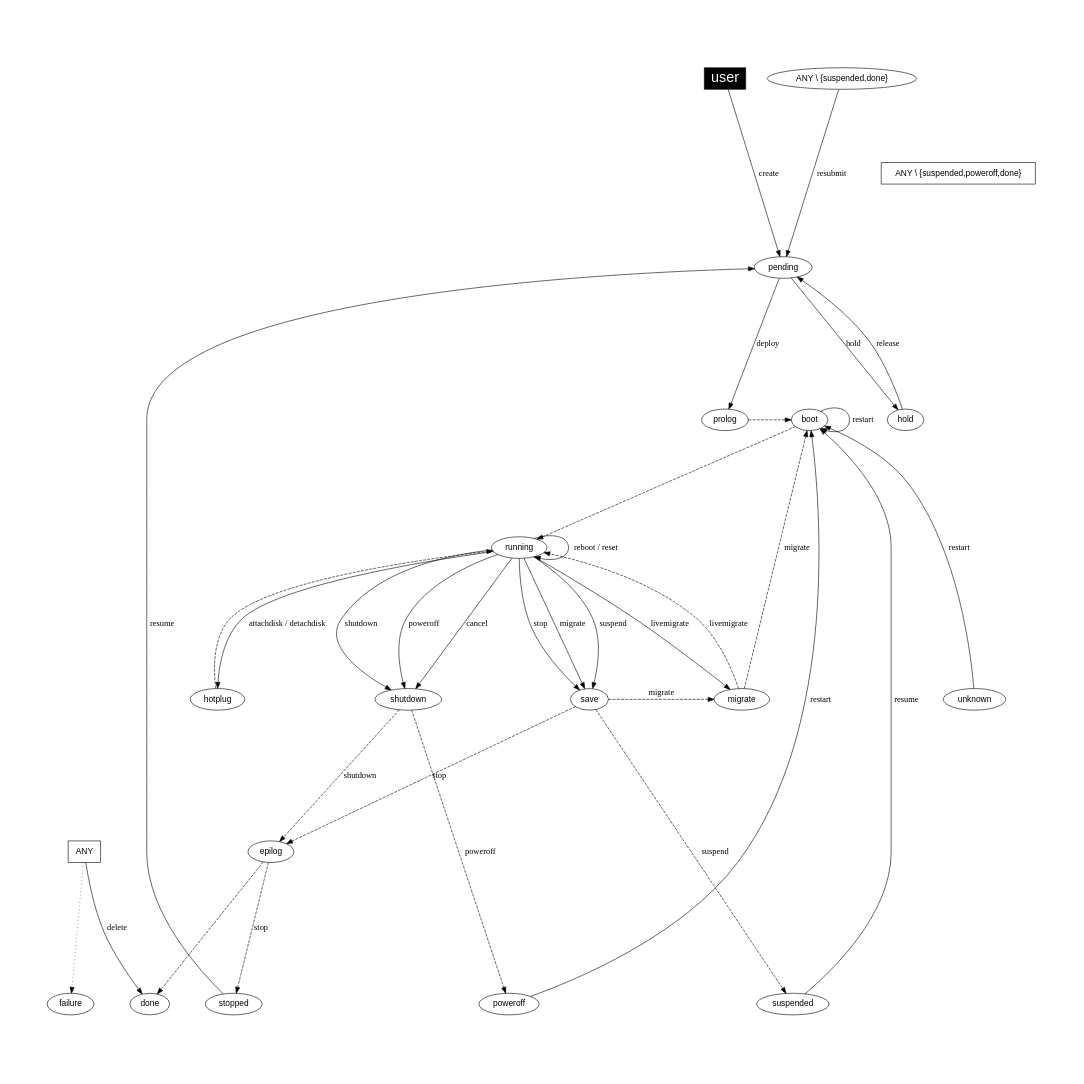
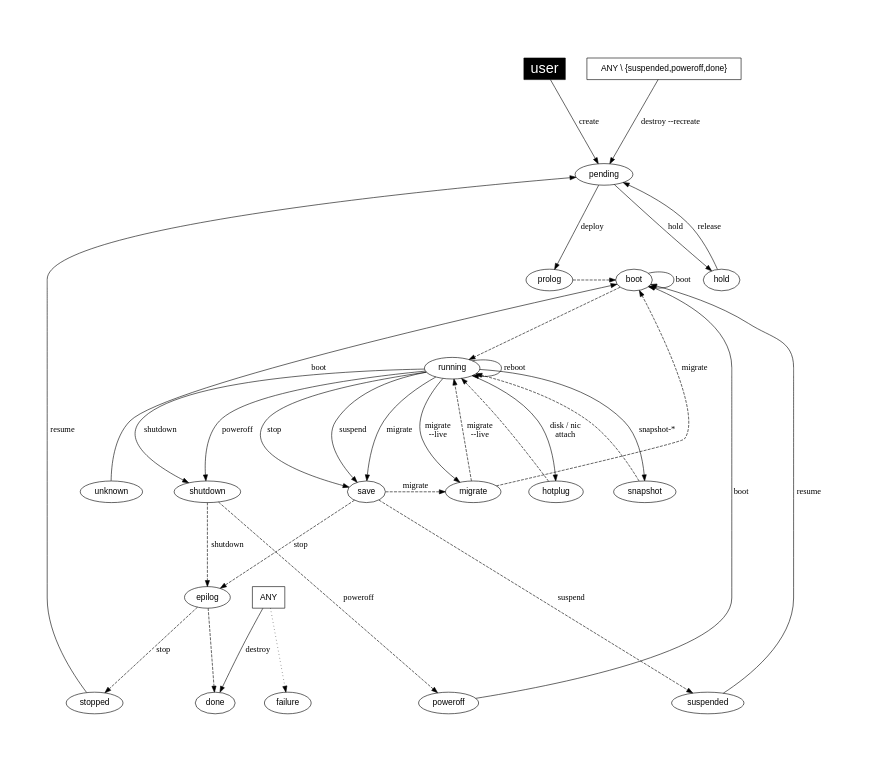
One commit to OpenNebula/one changed the diagram in share/doc/states/states-simple.dot. Above: the diagram before and after it, drawn with Graphviz.

Commit message:
Feature #1797: Update states-simple.dot (cherry picked from commit 3371302024e66dc63da82942787a37c96f756b75)

```diff
--- a/share/doc/states/states-simple.dot
+++ b/share/doc/states/states-simple.dot
@@ -1,96 +1,98 @@
 
 
 digraph OpenNebula {
     graph [
         nodesep= 0.5,
         ratio=1,
         pad=1,
     ];
 
     node [fontname="Helvetica"];
     edge [fontname="Menlo"];
     
     user [
         fillcolor="black",
         style="filled", shape="box",
         fontcolor="white", fontsize= "24.0"];
 
     ANY [ shape="box" ];
     "ANY \\ {suspended,poweroff,done}" [ shape="box" ];
 
     subgraph { rank = min; user}
 #    subgraph { rank = same; pending; hold; color="white"}
     subgraph { rank = same; prolog; boot; color="white" }
-    subgraph { rank = same; migrate; save; shutdown; unknown; hotplug; 
+    subgraph { rank = same; migrate; save; shutdown; unknown; hotplug; snapshot;
         color="white" }
     subgraph { rank = max; suspended; done; failure; stopped; poweroff; color="white" }
 
 #   create
     user -> pending [label="create"];
 
 #   deploy
     pending     -> prolog [label="deploy"];
     prolog      -> boot [style="dashed"];
     boot        -> running [style="dashed"];
 
 #   shutdown
     running     -> shutdown [label="shutdown"];
     shutdown    -> epilog [label="shutdown", style="dashed"];
     epilog      -> done [style="dashed"];
 
 #   poweroff
     running     -> shutdown [label="poweroff"];
     shutdown    -> poweroff [label="poweroff", style="dashed"];
 
 #   livemigrate
-    running     -> migrate [label="livemigrate"];
-    migrate     -> running [label="livemigrate", style="dashed"];
+    running     -> migrate [label="migrate\n--live"];
+    migrate     -> running [label="migrate\n--live", style="dashed"];
 
 #   migrate
     running     -> save [label="migrate"];
     save        -> migrate [label="migrate", style="dashed"];
     migrate     -> boot [label="migrate", style="dashed"];
 
 #   hold
     pending     -> hold [label="hold"];
 
 #   release
     hold        -> pending [label="release"];
 
 #   stop
     running     -> save [label="stop"];
     save        -> epilog [label="stop", style="dashed"];
     epilog      -> stopped [label="stop", style="dashed"];
 
-#   cancel
-    running     -> shutdown [label="cancel"];
-
 #   suspend
     running     -> save [label="suspend"];
     save        -> suspended [label="suspend", style="dashed"];
 
 #   resume
     stopped     -> pending [label="resume"];
     suspended   -> boot [label="resume"];
 
 #   delete
-    ANY         -> done [label="delete"];
+    ANY         -> done [label="destroy"];
 
 #   restart
-    unknown     -> boot [label="restart"];
-    boot        -> boot [label="restart"];
-    poweroff    -> boot [label="restart"];
+    unknown     -> boot [label="boot"];
+    boot        -> boot [label="boot"];
+    poweroff    -> boot [label="boot"];
 
-#   reboot, reset
-    running     -> running [label="reboot / reset"];
+#   reboot
+    running     -> running [label="reboot"];
 
-#   attachdisk
-    running     -> hotplug [label="attachdisk / detachdisk"]
+#   disk-attach nic-attach
+#    running     -> hotplug [label="disk / nic -\n attach / detach"]
+    running     -> hotplug [label="disk / nic\nattach"]
     hotplug     -> running [style="dashed"];
 
+#   snapshot
+    running     -> snapshot [label="snapshot-*"]
+    snapshot    -> running [style="dashed"];
+
 #   resubmit
-    "ANY \\ {suspended,done}" -> pending [label="resubmit"];
+    "ANY \\ {suspended,poweroff,done}" -> pending [label="destroy --recreate"];
 
 #   failures and misc.
     ANY         -> failure [style="dotted"];
 }
```
